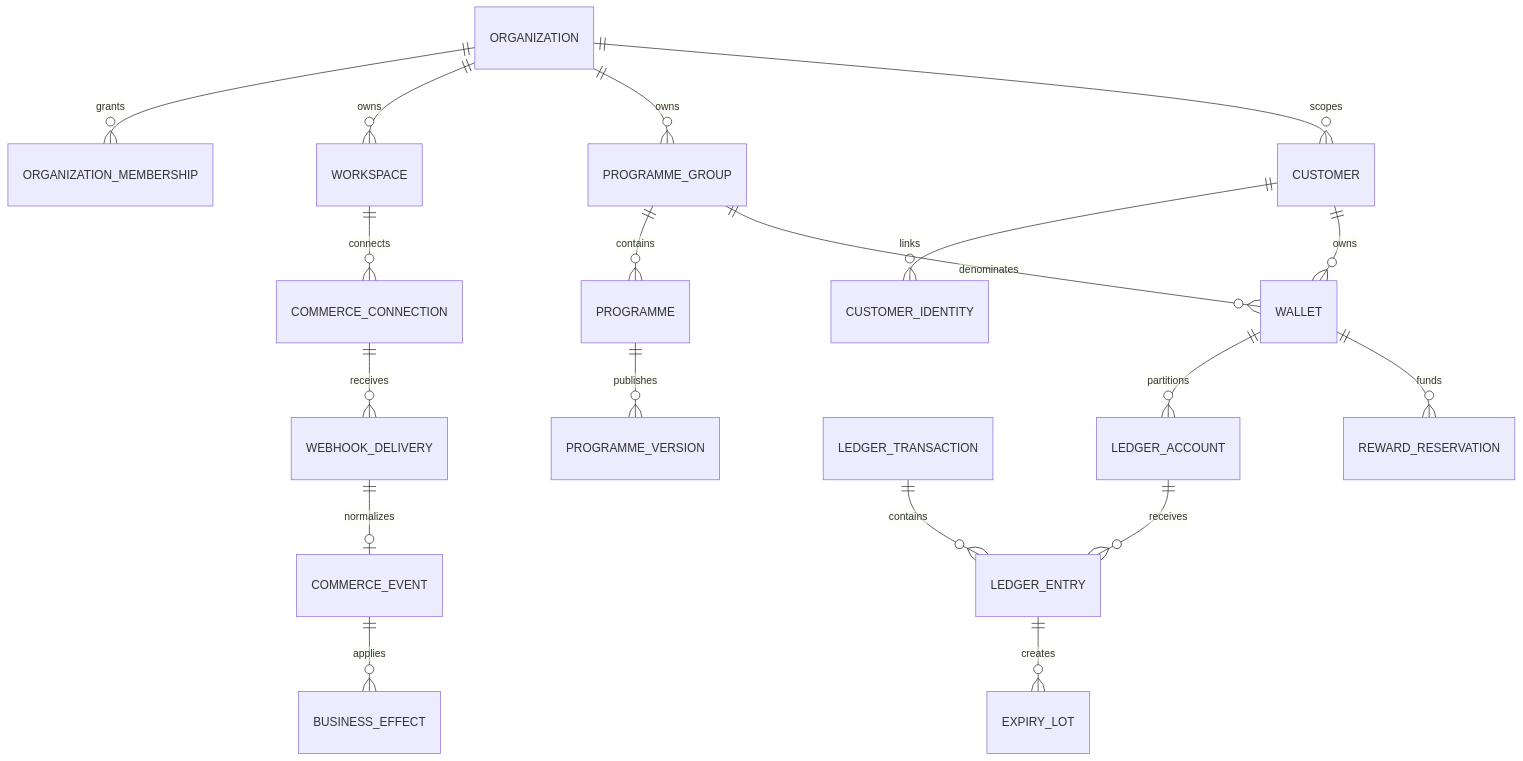
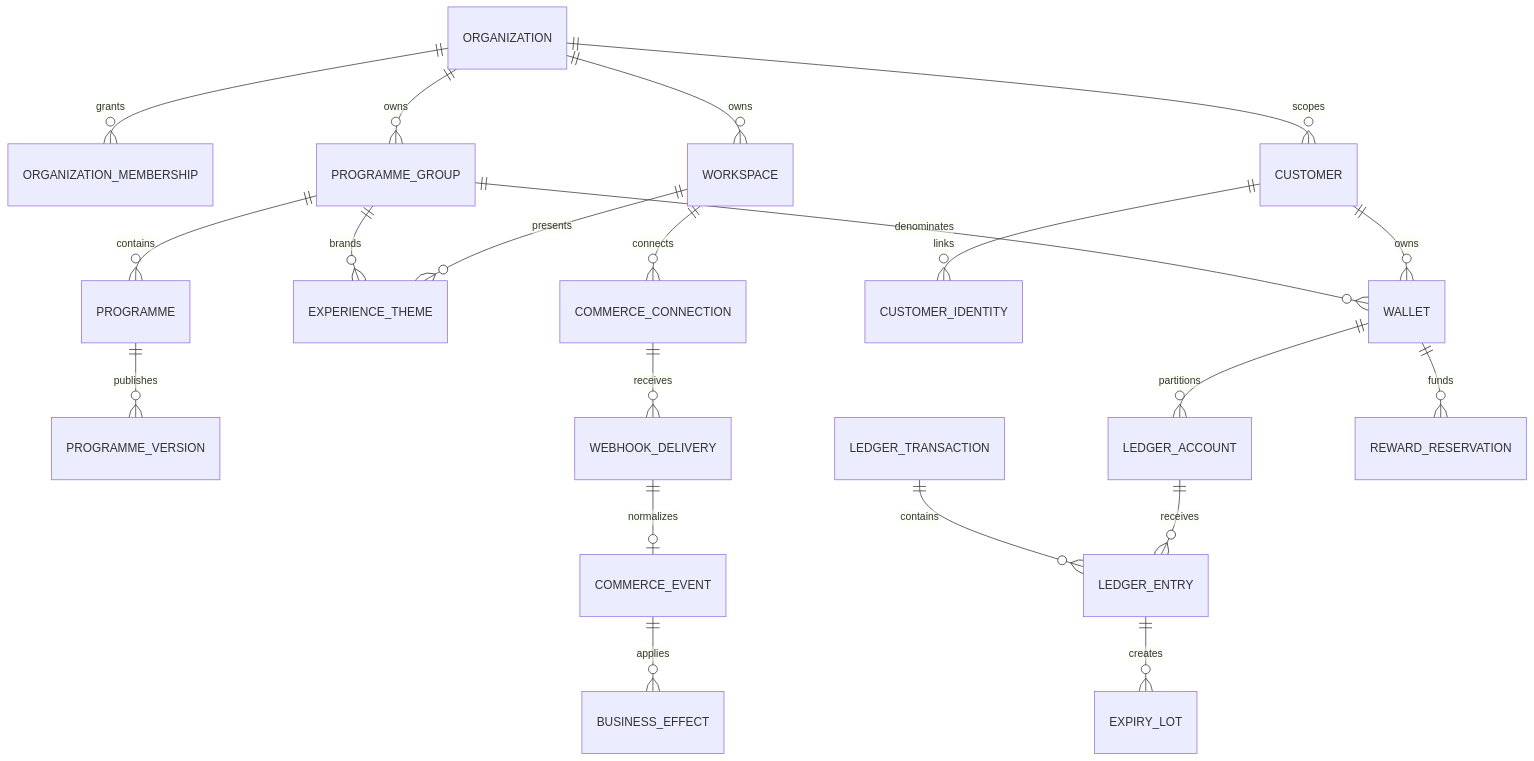
One commit to Starfiniti/starfiniti-loyalty changed the diagram in docs/architecture/DATA_MODEL.md. Above: the diagram before and after it, drawn with Mermaid. The commit also changed other lines of this file and 25 other files, not shown here.

````diff
--- a/docs/architecture/DATA_MODEL.md
+++ b/docs/architecture/DATA_MODEL.md
@@ -24,21 +24,23 @@
 ```mermaid
 erDiagram
   ORGANIZATION ||--o{ ORGANIZATION_MEMBERSHIP : grants
   ORGANIZATION ||--o{ WORKSPACE : owns
   ORGANIZATION ||--o{ PROGRAMME_GROUP : owns
   PROGRAMME_GROUP ||--o{ PROGRAMME : contains
+  PROGRAMME_GROUP ||--o{ EXPERIENCE_THEME : brands
+  WORKSPACE ||--o{ EXPERIENCE_THEME : presents
   PROGRAMME ||--o{ PROGRAMME_VERSION : publishes
   WORKSPACE ||--o{ COMMERCE_CONNECTION : connects
   ORGANIZATION ||--o{ CUSTOMER : scopes
   CUSTOMER ||--o{ CUSTOMER_IDENTITY : links
   PROGRAMME_GROUP ||--o{ WALLET : denominates
   CUSTOMER ||--o{ WALLET : owns
   WALLET ||--o{ LEDGER_ACCOUNT : partitions
   LEDGER_TRANSACTION ||--o{ LEDGER_ENTRY : contains
   LEDGER_ACCOUNT ||--o{ LEDGER_ENTRY : receives
   COMMERCE_CONNECTION ||--o{ WEBHOOK_DELIVERY : receives
   WEBHOOK_DELIVERY ||--o| COMMERCE_EVENT : normalizes
   COMMERCE_EVENT ||--o{ BUSINESS_EFFECT : applies
   WALLET ||--o{ REWARD_RESERVATION : funds
   LEDGER_ENTRY ||--o{ EXPIRY_LOT : creates
 ```
````
